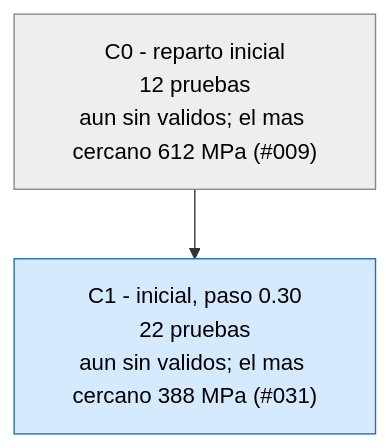
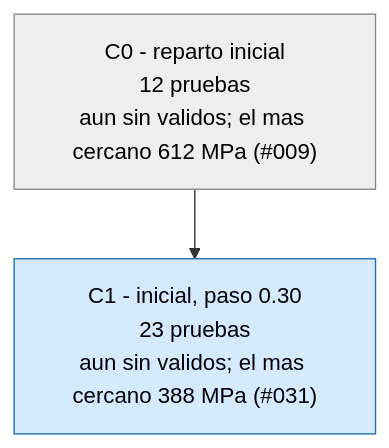
Before and after one commit to Hugiko/msd-soporte-optimizacion: the third of 3 diagrams in runs/opt_37800N/ARBOL.md, drawn with Mermaid. The commit also changed 19 other files, not shown here.

````diff
--- a/runs/opt_37800N/ARBOL.md
+++ b/runs/opt_37800N/ARBOL.md
@@ -37,9 +37,9 @@
 ```mermaid
 graph TD
 classDef activa fill:#d6eaff,stroke:#1f6fb5,color:#000
 classDef fin fill:#eeeeee,stroke:#888,color:#000
 classDef mejor fill:#c8f0c0,stroke:#1a9850,stroke-width:4px,color:#000
 C0["C0 - reparto inicial<br/>12 pruebas<br/>aun sin validos; el mas cercano 612 MPa (#009)"]:::fin
-C1["C1 - inicial, paso 0.30<br/>22 pruebas<br/>aun sin validos; el mas cercano 388 MPa (#031)"]:::activa
+C1["C1 - inicial, paso 0.30<br/>23 pruebas<br/>aun sin validos; el mas cercano 388 MPa (#031)"]:::activa
 C0 --> C1
 ```
````
